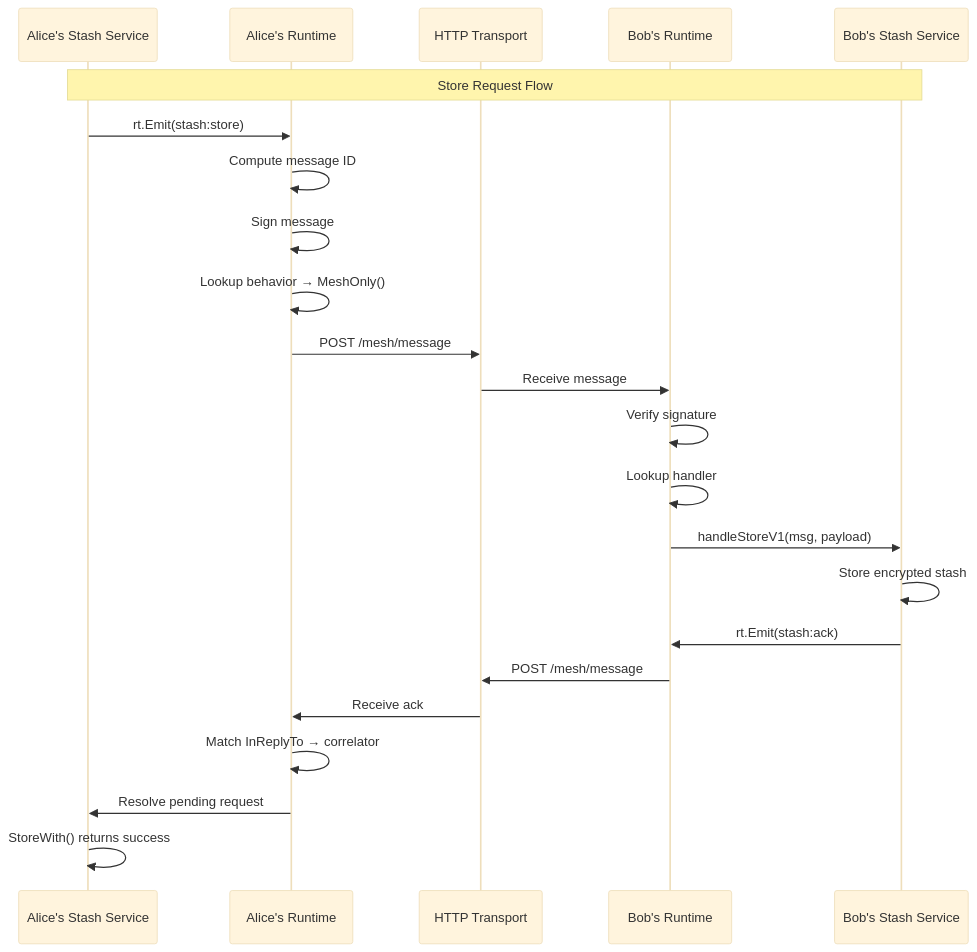
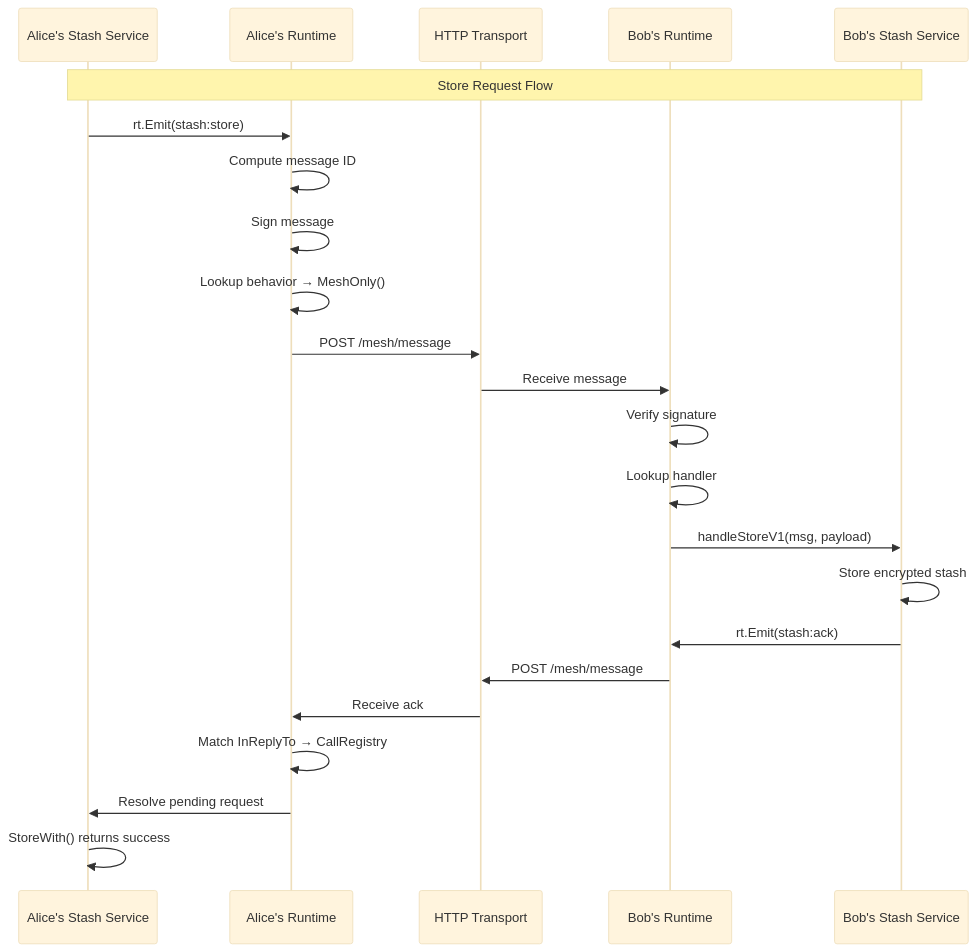
One commit to eljojo/nara changed the diagram in DESIGN_NARA_RUNTIME.md. Above: the diagram before and after it, drawn with Mermaid (base theme). The commit also changed other lines of this file and 11 other files, not shown here.

````diff
--- a/DESIGN_NARA_RUNTIME.md
+++ b/DESIGN_NARA_RUNTIME.md
@@ -1793,27 +1797,27 @@
 ```mermaid
 sequenceDiagram
     participant Alice as Alice's Stash Service
     participant ART as Alice's Runtime
     participant HTTP as HTTP Transport
     participant BRT as Bob's Runtime
     participant Bob as Bob's Stash Service
 
     Note over Alice,Bob: Store Request Flow
 
     Alice->>ART: rt.Emit(stash:store)
     ART->>ART: Compute message ID
     ART->>ART: Sign message
     ART->>ART: Lookup behavior → MeshOnly()
     ART->>HTTP: POST /mesh/message
     HTTP->>BRT: Receive message
     BRT->>BRT: Verify signature
     BRT->>BRT: Lookup handler
     BRT->>Bob: handleStoreV1(msg, payload)
     Bob->>Bob: Store encrypted stash
     Bob->>BRT: rt.Emit(stash:ack)
     BRT->>HTTP: POST /mesh/message
     HTTP->>ART: Receive ack
-    ART->>ART: Match InReplyTo → correlator
+    ART->>ART: Match InReplyTo → CallRegistry
     ART->>Alice: Resolve pending request
     Alice->>Alice: StoreWith() returns success
 ```
````
